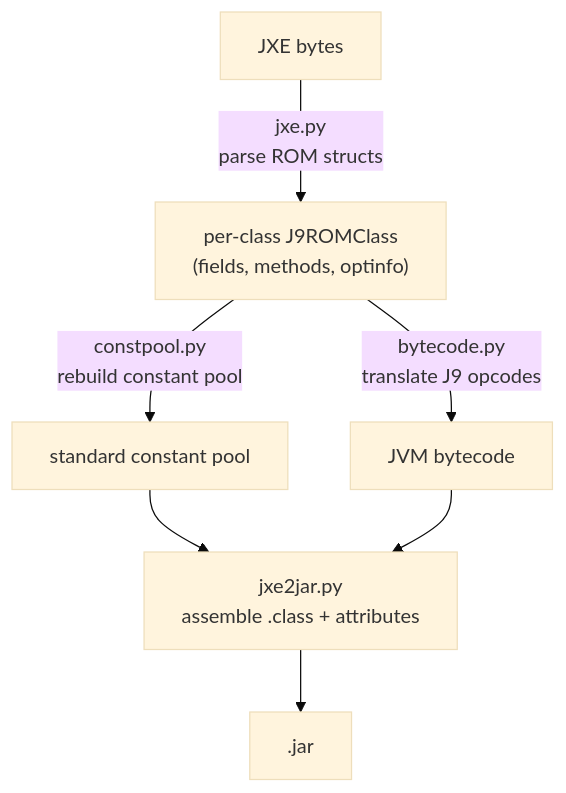
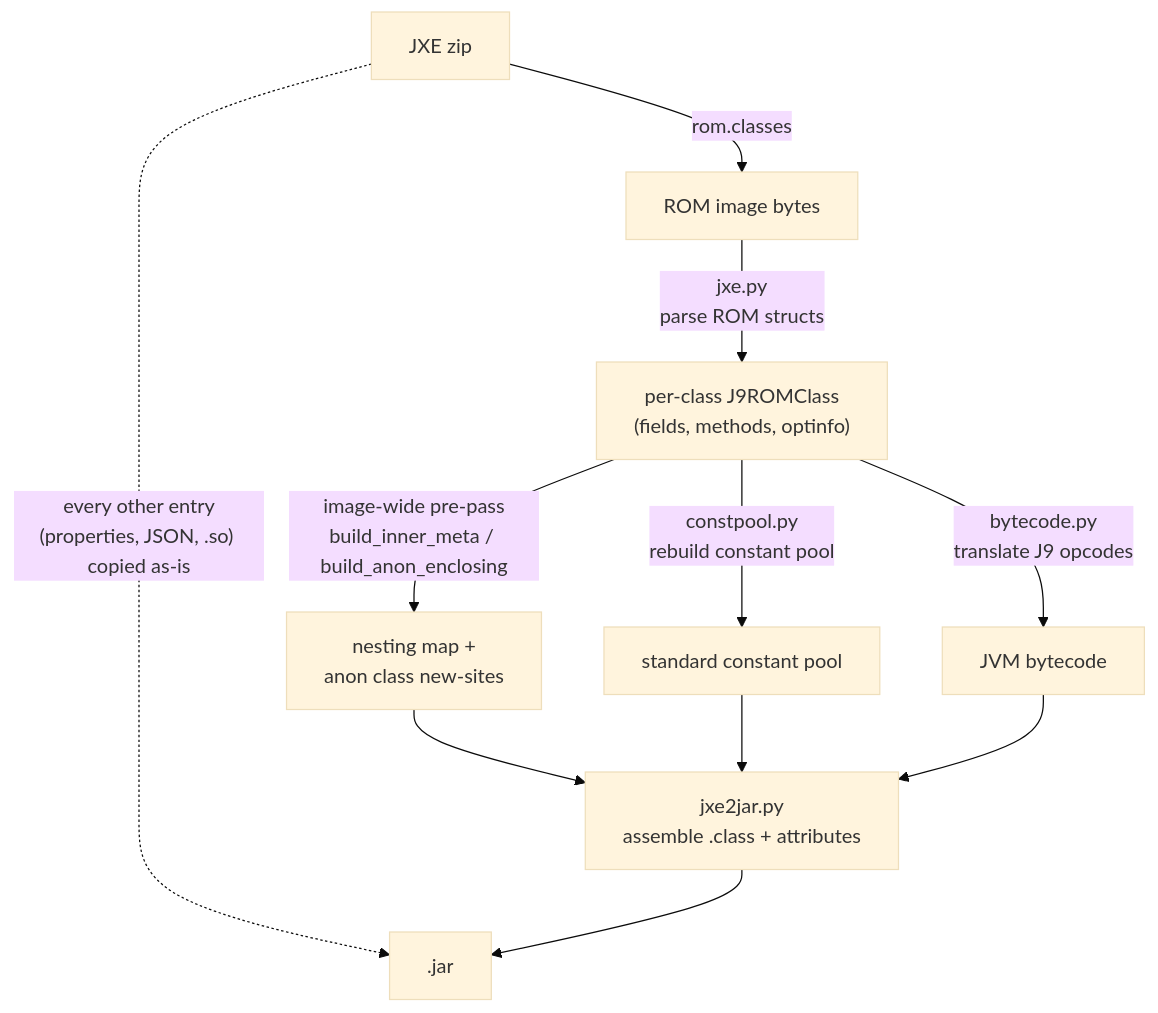
The third of 3 diagrams in README.md (luka-dev/jxe2jar), drawn with Mermaid (base theme) before and after one commit. The commit also changed other lines of this file, not shown here.

Commit message:
README: conversion diagram + intro show the image-wide pre-pass and resource passthrough

````diff
--- a/README.md
+++ b/README.md
@@ -405,9 +408,13 @@
 ```mermaid
 flowchart TD
-    A["JXE bytes"] -->|"jxe.py<br/>parse ROM structs"| B["per-class J9ROMClass<br/>(fields, methods, optinfo)"]
+    Z["JXE zip"] -->|"rom.classes"| A["ROM image bytes"]
+    Z -.->|"every other entry<br/>(properties, JSON, .so) copied as-is"| F
+    A -->|"jxe.py<br/>parse ROM structs"| B["per-class J9ROMClass<br/>(fields, methods, optinfo)"]
+    B -->|"image-wide pre-pass<br/>build_inner_meta / build_anon_enclosing"| M["nesting map +<br/>anon class new-sites"]
     B -->|"constpool.py<br/>rebuild constant pool"| C["standard constant pool"]
     B -->|"bytecode.py<br/>translate J9 opcodes"| D["JVM bytecode"]
-    C --> E["jxe2jar.py<br/>assemble .class + attributes"]
+    M --> E["jxe2jar.py<br/>assemble .class + attributes"]
+    C --> E
     D --> E
     E --> F[".jar"]
 ```
````
